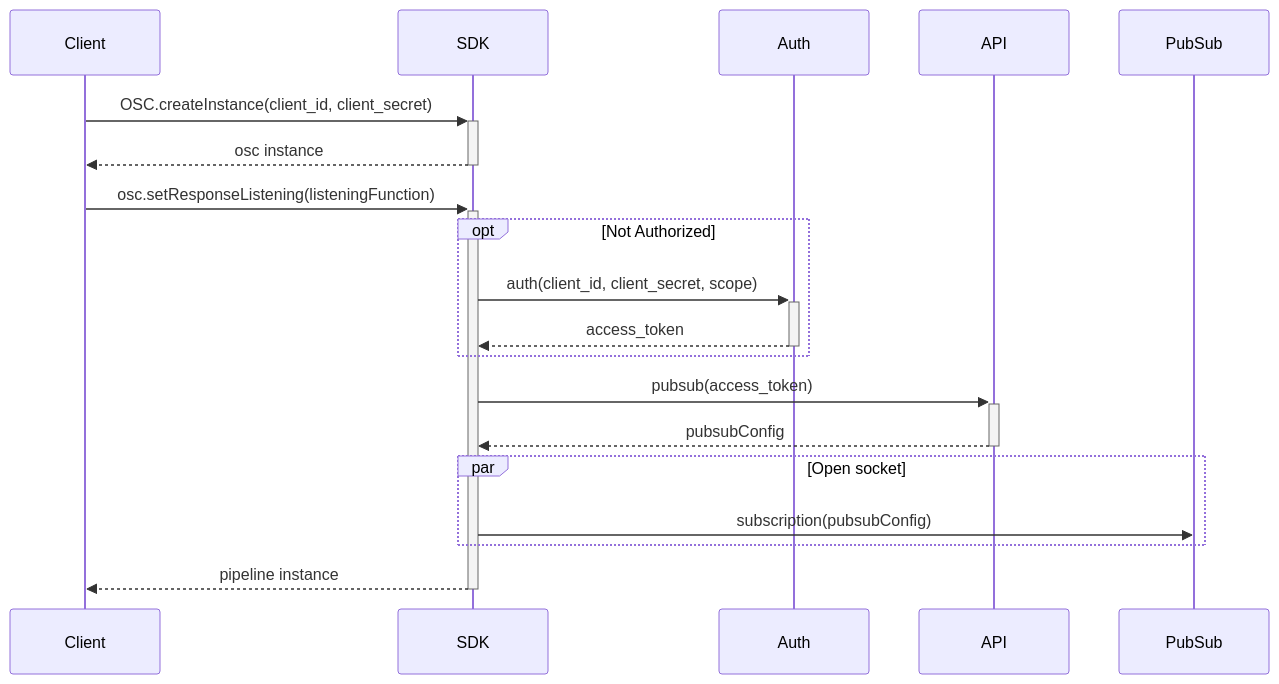
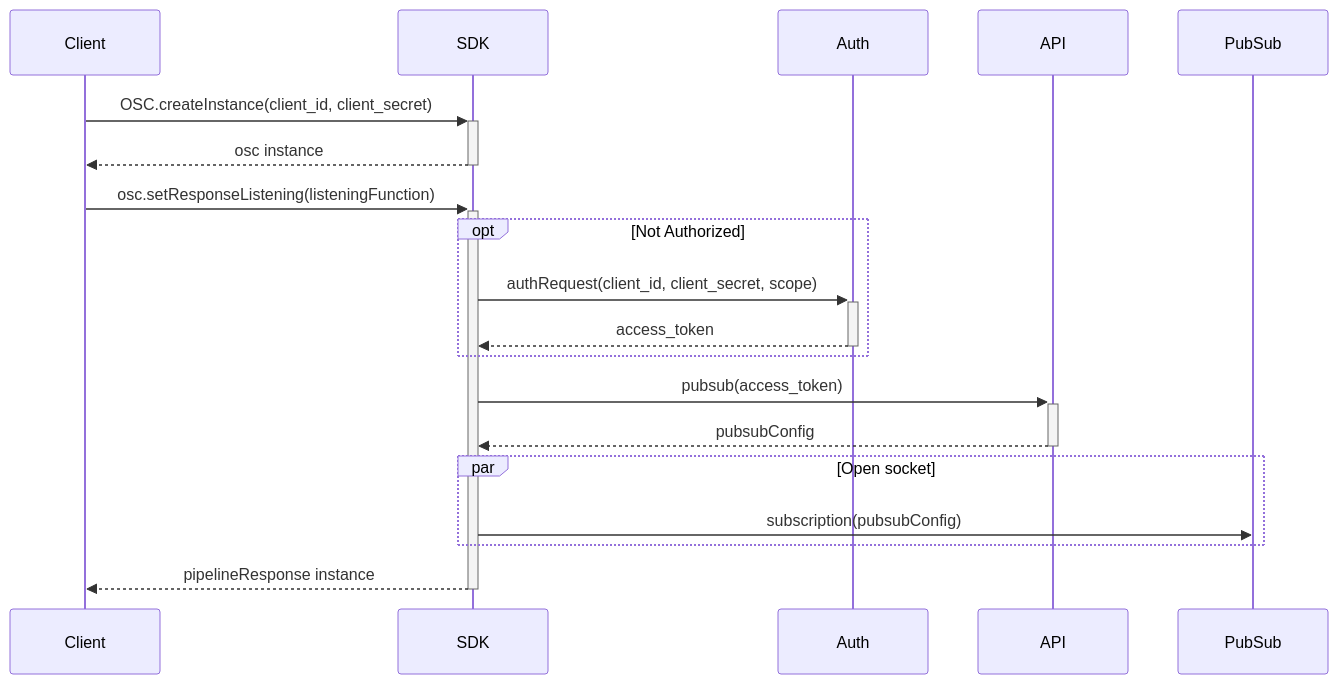
Before and after one commit to Fitbank-Pagamentos-Eletronicos/osc-sdk-java: the third of 4 diagrams in README.md, drawn with Mermaid. The commit also changed other lines of this file and 229 other files, not shown here.

````diff
--- a/README.md
+++ b/README.md
@@ -310,23 +310,23 @@
 ```mermaid
 sequenceDiagram
     participant Client
     participant SDK
     participant Auth
     participant API
     participant PubSub
 
     Client->>+SDK: OSC.createInstance(client_id, client_secret)
     SDK-->>-Client: osc instance
 
     Client->>+SDK: osc.setResponseListening(listeningFunction)
         opt Not Authorized
-            SDK->>+Auth: auth(client_id, client_secret, scope)
+            SDK->>+Auth: authRequest(client_id, client_secret, scope)
             Auth-->>-SDK: access_token
         end
         SDK->>+API: pubsub(access_token)
         API-->>-SDK: pubsubConfig
         par Open socket
             SDK->>PubSub: subscription(pubsubConfig)
         end
-    SDK-->>-Client: pipeline instance
+    SDK-->>-Client: pipelineResponse instance
 ```
````
